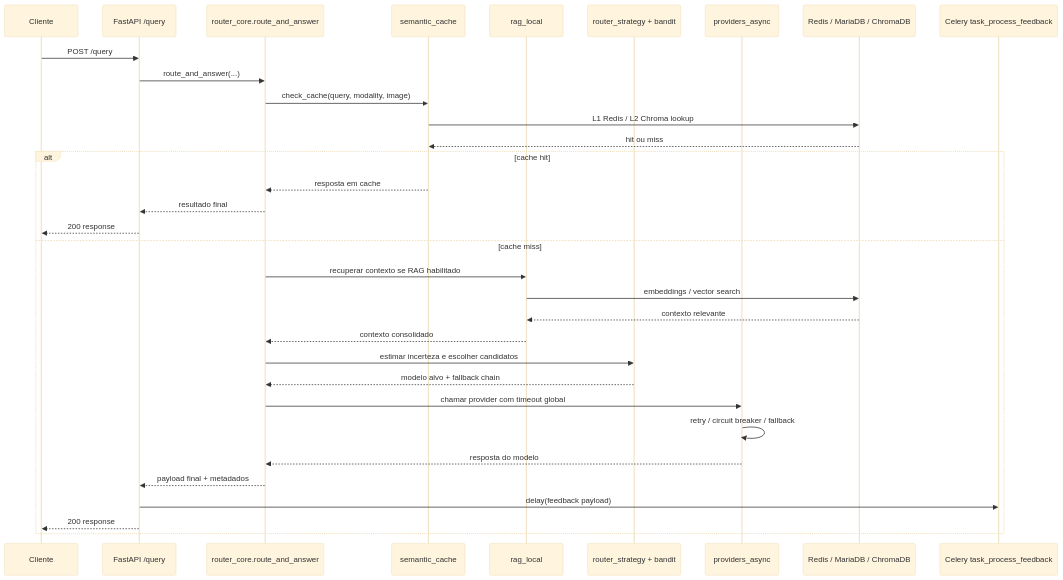
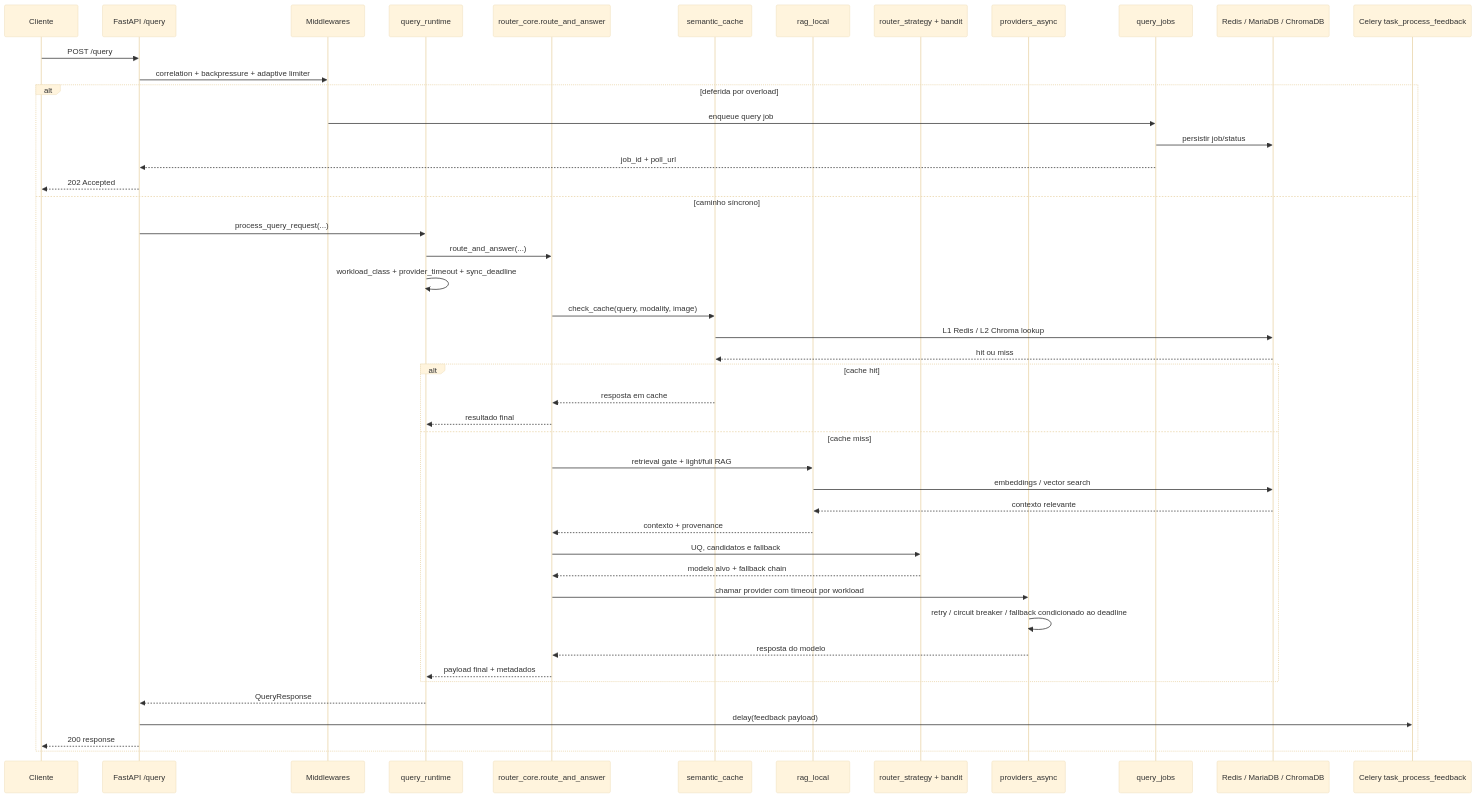
One commit to jeffersonduartebr/iag_forall changed the eighth of 10 diagrams in docs/ARCHITECTURE.md. Above: the diagram before and after it, drawn with Mermaid (base theme). The commit also changed other lines of this file and 3 other files, not shown here.

First line of the commit message:
docs: refresh diagrams for async query flow and new response contract

````diff
--- a/docs/ARCHITECTURE.md
+++ b/docs/ARCHITECTURE.md
@@ -199,36 +208,49 @@
 ```mermaid
 sequenceDiagram
     participant C as Cliente
     participant API as FastAPI /query
+    participant MW as Middlewares
+    participant QR as query_runtime
     participant RC as router_core.route_and_answer
     participant SC as semantic_cache
     participant RG as rag_local
     participant ST as router_strategy + bandit
     participant PR as providers_async
+    participant QJ as query_jobs
     participant DB as Redis / MariaDB / ChromaDB
     participant CW as Celery task_process_feedback
 
     C->>API: POST /query
-    API->>RC: route_and_answer(...)
-    RC->>SC: check_cache(query, modality, image)
-    SC->>DB: L1 Redis / L2 Chroma lookup
-    DB-->>SC: hit ou miss
-    alt cache hit
-        SC-->>RC: resposta em cache
-        RC-->>API: resultado final
-        API-->>C: 200 response
-    else cache miss
-        RC->>RG: recuperar contexto se RAG habilitado
-        RG->>DB: embeddings / vector search
-        DB-->>RG: contexto relevante
-        RG-->>RC: contexto consolidado
-        RC->>ST: estimar incerteza e escolher candidatos
-        ST-->>RC: modelo alvo + fallback chain
-        RC->>PR: chamar provider com timeout global
-        PR->>PR: retry / circuit breaker / fallback
-        PR-->>RC: resposta do modelo
-        RC-->>API: payload final + metadados
+    API->>MW: correlation + backpressure + adaptive limiter
+    alt deferida por overload
+        MW->>QJ: enqueue query job
+        QJ->>DB: persistir job/status
+        QJ-->>API: job_id + poll_url
+        API-->>C: 202 Accepted
+    else caminho síncrono
+        API->>QR: process_query_request(...)
+        QR->>RC: route_and_answer(...)
+        QR->>QR: workload_class + provider_timeout + sync_deadline
+        RC->>SC: check_cache(query, modality, image)
+        SC->>DB: L1 Redis / L2 Chroma lookup
+        DB-->>SC: hit ou miss
+        alt cache hit
+            SC-->>RC: resposta em cache
+            RC-->>QR: resultado final
+        else cache miss
+            RC->>RG: retrieval gate + light/full RAG
+            RG->>DB: embeddings / vector search
+            DB-->>RG: contexto relevante
+            RG-->>RC: contexto + provenance
+            RC->>ST: UQ, candidatos e fallback
+            ST-->>RC: modelo alvo + fallback chain
+            RC->>PR: chamar provider com timeout por workload
+            PR->>PR: retry / circuit breaker / fallback condicionado ao deadline
+            PR-->>RC: resposta do modelo
+            RC-->>QR: payload final + metadados
+        end
+        QR-->>API: QueryResponse
         API->>CW: delay(feedback payload)
         API-->>C: 200 response
     end
 ```
````
